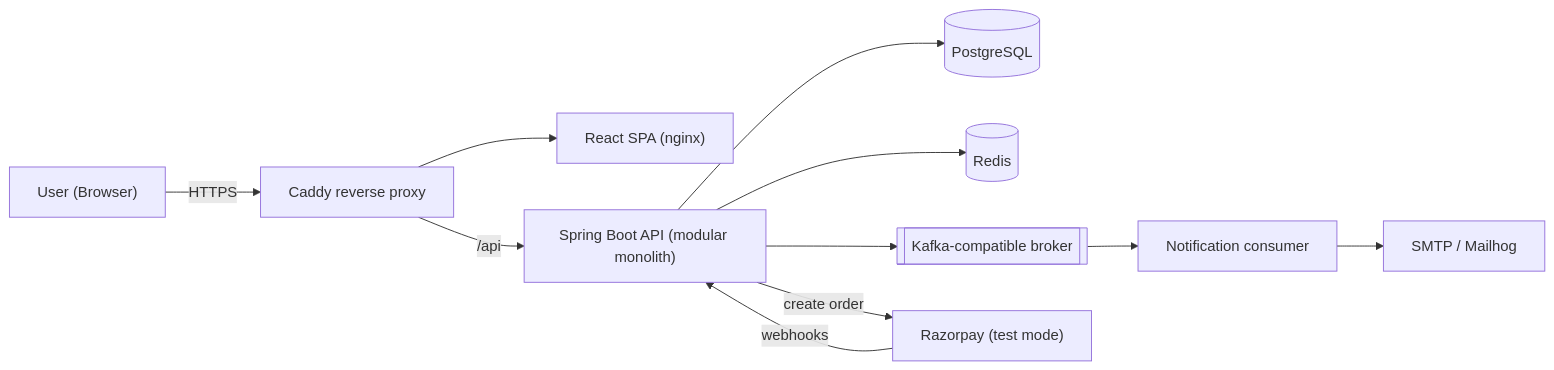
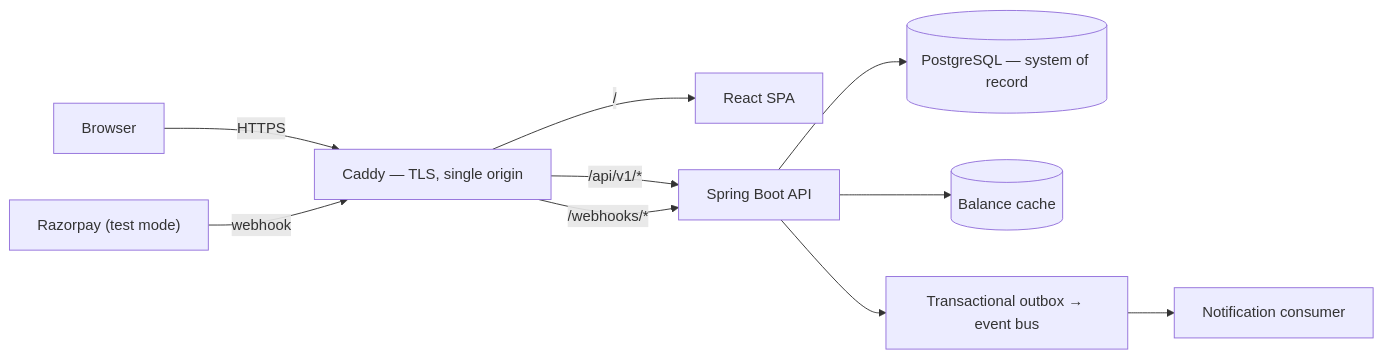
The diagram in README.md (arpitarajeevmishra/splitledger), drawn with Mermaid before and after one commit. The commit also changed other lines of this file and 2 other files, not shown here.

````diff
--- a/README.md
+++ b/README.md
@@ -57,13 +50,12 @@
 ```mermaid
 flowchart LR
-  U["User (Browser)"] -->|HTTPS| C["Caddy reverse proxy"]
-  C --> W["React SPA (nginx)"]
-  C -->|"/api"| API["Spring Boot API (modular monolith)"]
-  API --> PG[("PostgreSQL")]
-  API --> R[("Redis")]
-  API --> K[["Kafka-compatible broker"]]
-  API -->|"create order"| RZP["Razorpay (test mode)"]
-  RZP -->|"webhooks"| API
-  K --> N["Notification consumer"]
-  N --> M["SMTP / Mailhog"]
+  U["Browser"] -->|HTTPS| C["Caddy — TLS, single origin"]
+  C -->|"/"| W["React SPA"]
+  C -->|"/api/v1/*"| API["Spring Boot API"]
+  C -->|"/webhooks/*"| API
+  RZP["Razorpay (test mode)"] -->|webhook| C
+  API --> PG[("PostgreSQL — system of record")]
+  API --> CACHE[("Balance cache")]
+  API --> BUS["Transactional outbox → event bus"]
+  BUS --> N["Notification consumer"]
 ```
````
